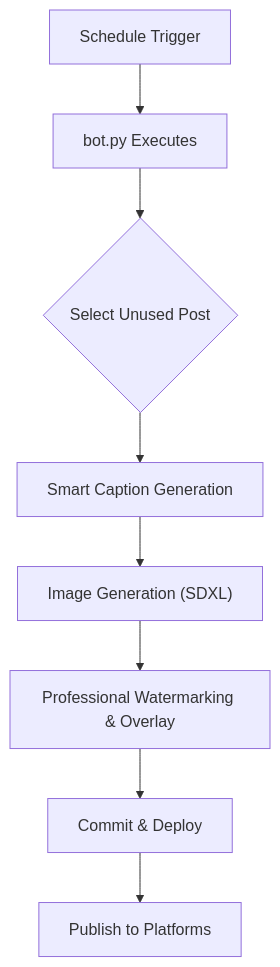
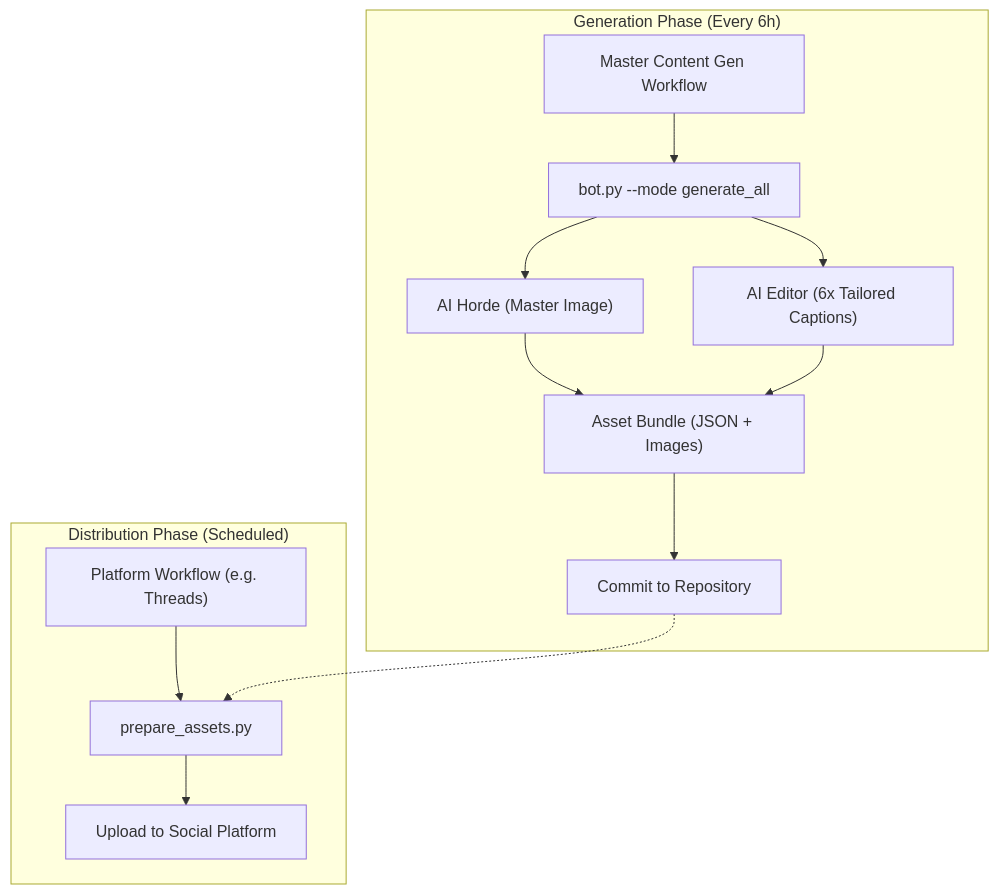
One commit to iyeque/ig-autobot changed the diagram in README.md. Above: the diagram before and after it, drawn with Mermaid. The commit also changed other lines of this file and 7 other files, not shown here.

Commit message:
feat: finalize Unified Generation architecture for all brands and update documentation

````diff
--- a/README.md
+++ b/README.md
@@ -23,10 +23,17 @@
 ```mermaid
 graph TD
-    A["Schedule Trigger"] --> B["bot.py Executes"]
-    B --> C{"Select Unused Post"}
-    C --> D["Smart Caption Generation"]
-    D --> E["Image Generation (SDXL)"]
-    E --> F["Professional Watermarking & Overlay"]
-    F --> G["Commit & Deploy"]
-    G --> H["Publish to Platforms"]
+    subgraph "Generation Phase (Every 6h)"
+        A["Master Content Gen Workflow"] --> B["bot.py --mode generate_all"]
+        B --> C["AI Horde (Master Image)"]
+        B --> D["AI Editor (6x Tailored Captions)"]
+        C --> E["Asset Bundle (JSON + Images)"]
+        D --> E
+        E --> F["Commit to Repository"]
+    end
+
+    subgraph "Distribution Phase (Scheduled)"
+        G["Platform Workflow (e.g. Threads)"] --> H["prepare_assets.py"]
+        F -.-> H
+        H --> I["Upload to Social Platform"]
+    end
 ```
````
